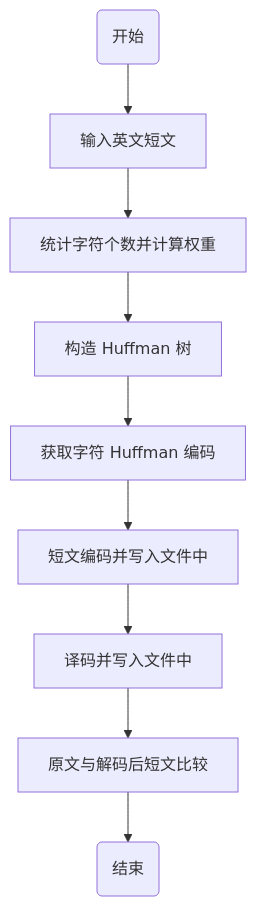
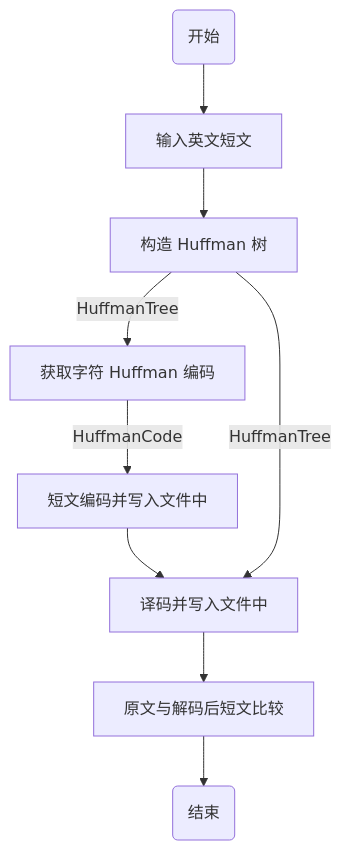
Before and after one commit to SunYufei/online-judge: the first of 2 diagrams in OUCDS/3/README.md, drawn with Mermaid. The commit also changed other lines of this file and 1 other file, not shown here.

````diff
--- a/OUCDS/3/README.md
+++ b/OUCDS/3/README.md
@@ -58,15 +58,16 @@
 ```mermaid
 graph TD
 
 st(开始)
 input[输入英文短文]
-stat[统计字符个数并计算权重]
 build[构造 Huffman 树]
 get[获取字符 Huffman 编码]
 en[短文编码并写入文件中]
 de[译码并写入文件中]
 cmp[原文与解码后短文比较]
 stop(结束)
 
-st-->input-->stat-->build-->get-->en-->de-->cmp-->stop
+st-->input-->build--HuffmanTree-->get--HuffmanCode-->en-->de-->cmp-->stop
+
+build--HuffmanTree-->de
 ```
````
